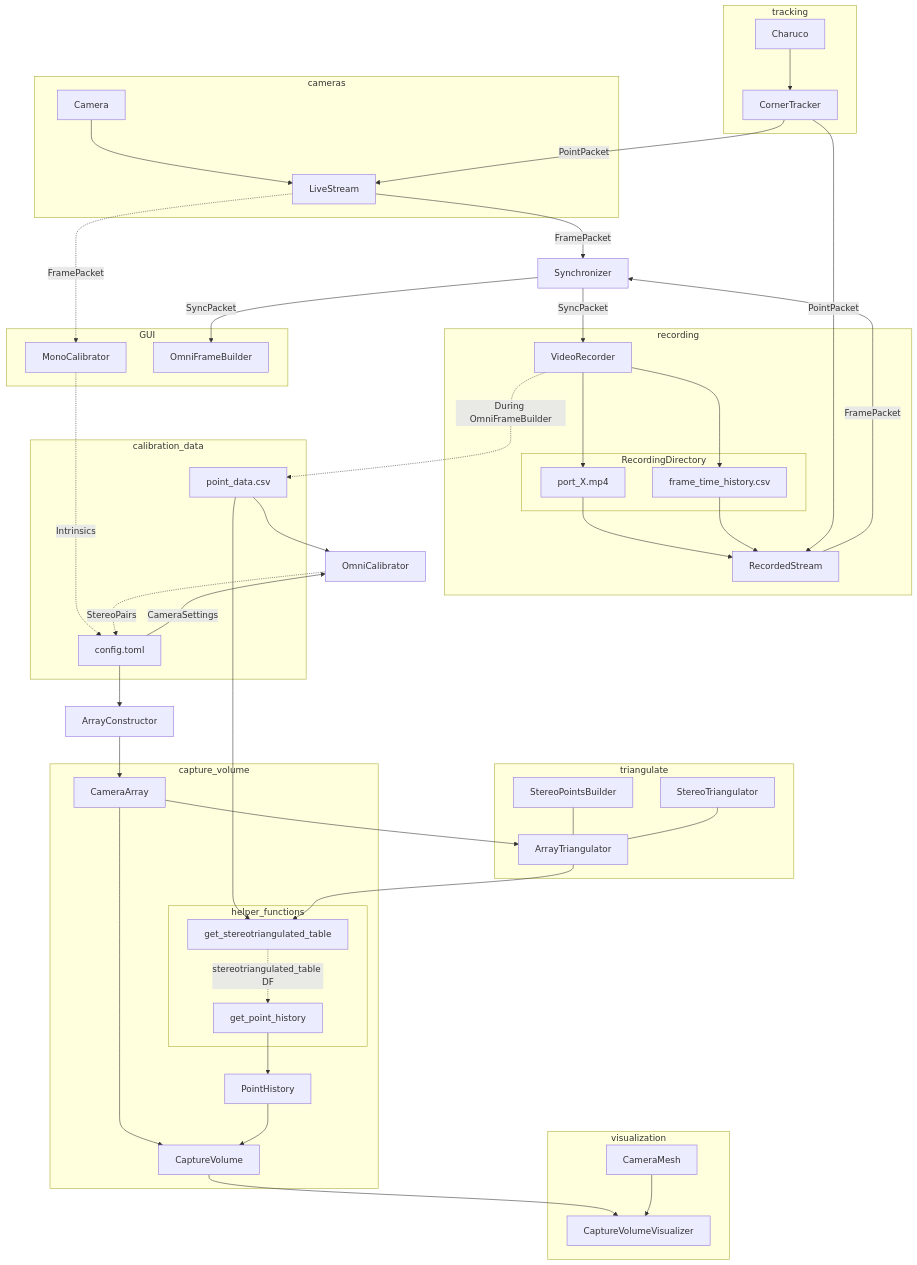
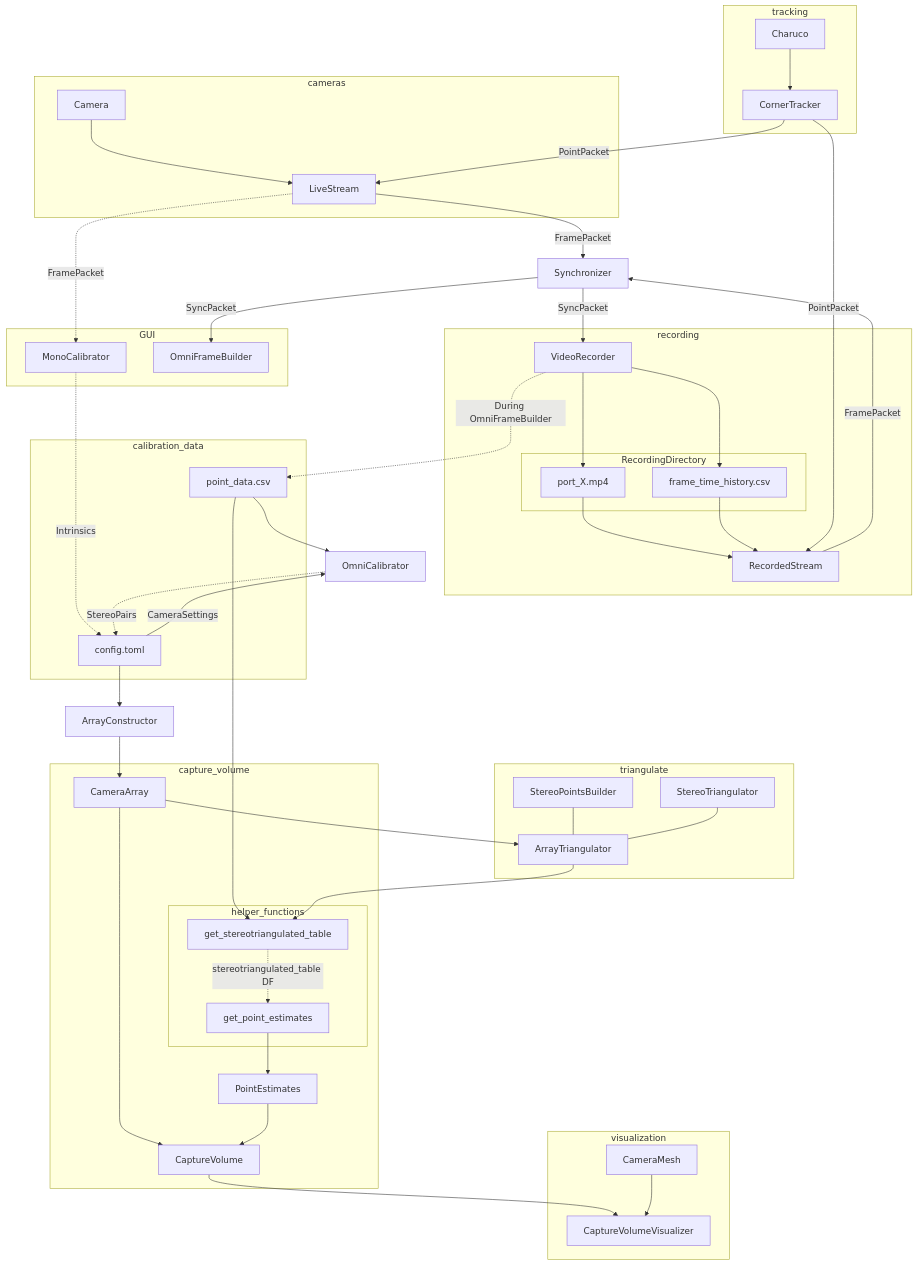
One commit to mprib/caliscope changed the diagram in README.md. Above: the diagram before and after it, drawn with Mermaid.

Commit message:
flow up to date

```diff
--- a/README.md
+++ b/README.md
@@ -81,16 +81,16 @@
 
 CaptureVolume --> CaptureVolumeVisualizer
 
-get_point_history --> PointHistory
+get_point_estimates  --> PointEstimates
 
 
 subgraph capture_volume
     subgraph helper_functions
-        get_stereotriangulated_table -.stereotriangulated_table DF.-> get_point_history
+        get_stereotriangulated_table -.stereotriangulated_table DF.-> get_point_estimates   
     end
 
     CameraArray --> CaptureVolume
-    PointHistory --> CaptureVolume
+    PointEstimates --> CaptureVolume
 end
 
 
```
